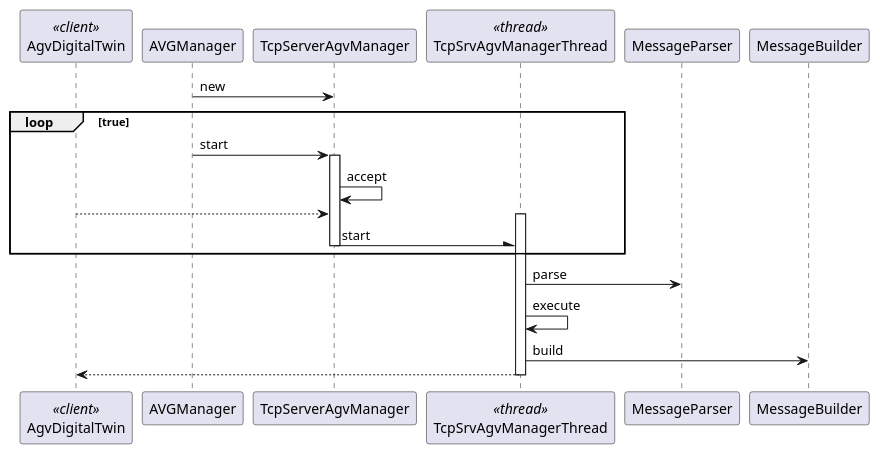
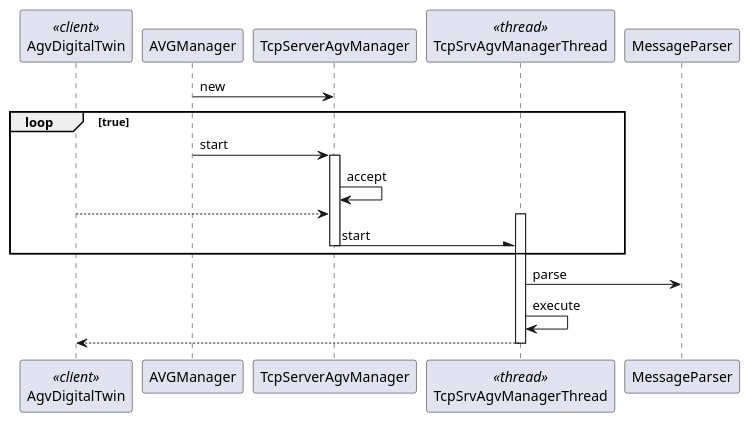
Before and after one commit to LourencoMelo/ISEP-EAPLI: the diagram in eapli.base/docs/1191419/US4001/US4001_SD.puml, drawn with PlantUML. The commit also changed 3 other files, not shown here.

```diff
--- a/eapli.base/docs/1191419/US4001/US4001_SD.puml
+++ b/eapli.base/docs/1191419/US4001/US4001_SD.puml
@@ -1,26 +1,25 @@
 @startuml
 
 participant AgvDigitalTwin <<client>>
 
 AVGManager -> TcpServerAgvManager : new
 loop true
 AVGManager -> TcpServerAgvManager: start
 Activate TcpServerAgvManager
 TcpServerAgvManager -> TcpServerAgvManager: accept
 
 AgvDigitalTwin --> TcpServerAgvManager
 
 participant TcpSrvAgvManagerThread <<thread>>
 activate TcpSrvAgvManagerThread
 TcpServerAgvManager -\ TcpSrvAgvManagerThread: start
 deactivate TcpServerAgvManager
 end
 
 TcpSrvAgvManagerThread -> MessageParser:parse
 TcpSrvAgvManagerThread -> TcpSrvAgvManagerThread: execute
-TcpSrvAgvManagerThread -> MessageBuilder:build
 
 TcpSrvAgvManagerThread --> AgvDigitalTwin
 deactivate TcpSrvAgvManagerThread
 
 @enduml
```
